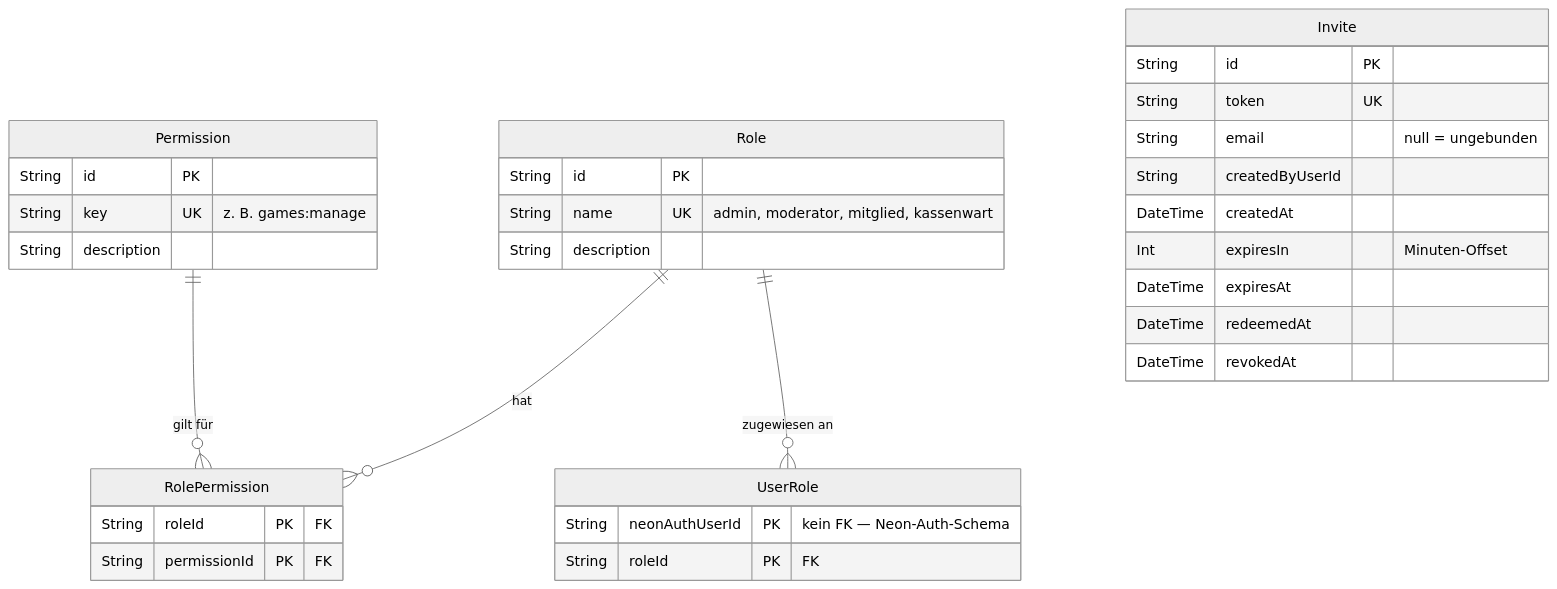
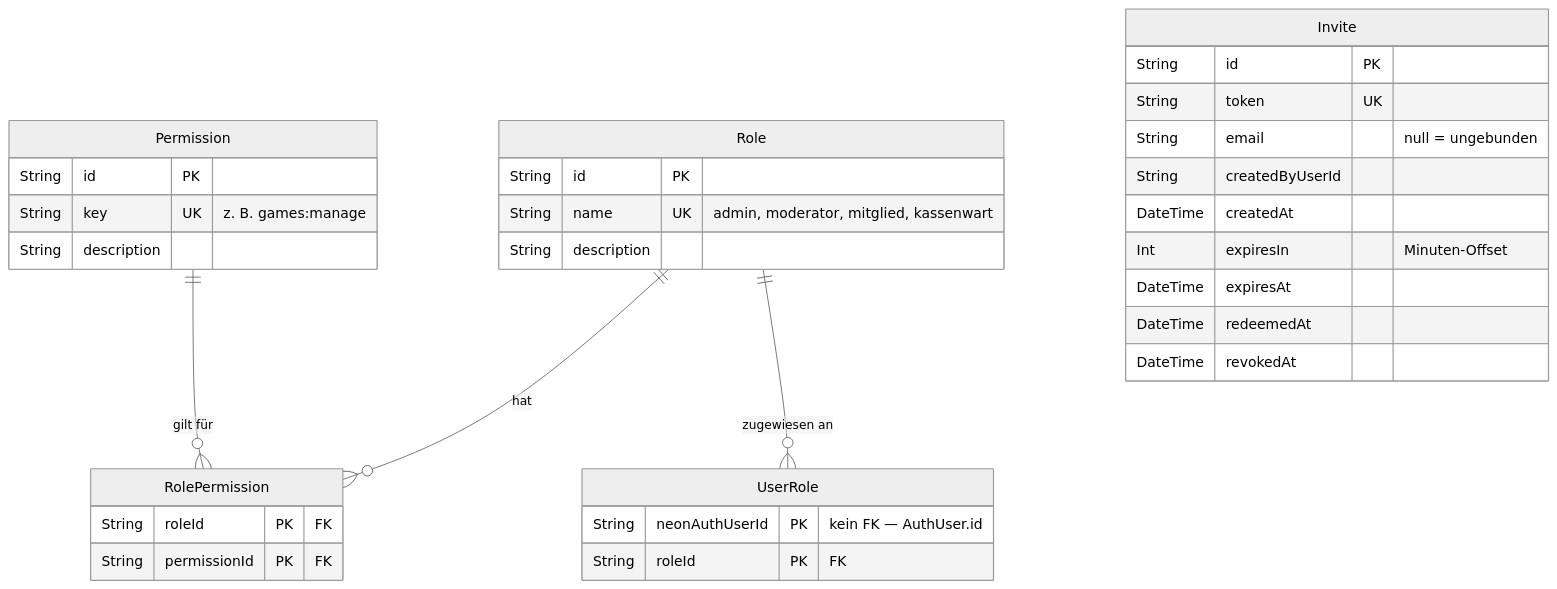
The first of 5 diagrams in docs/schema.md (oecher-meeples/portal), drawn with Mermaid (neutral theme) before and after one commit. The commit also changed other lines of this file and 45 other files, not shown here.

First line of the commit message:
feat(docker): Phase 3 - Neon Auth durch self-hosted better-auth ersetzen

````diff
--- a/docs/schema.md
+++ b/docs/schema.md
@@ -21,40 +21,40 @@
 ```mermaid
 erDiagram
     Permission {
         String id PK
         String key UK "z. B. games:manage"
         String description
     }
 
     Role {
         String id PK
         String name UK "admin, moderator, mitglied, kassenwart"
         String description
     }
 
     RolePermission {
         String roleId PK "FK"
         String permissionId PK "FK"
     }
 
     UserRole {
-        String neonAuthUserId PK "kein FK — Neon-Auth-Schema"
+        String neonAuthUserId PK "kein FK — AuthUser.id"
         String roleId PK "FK"
     }
 
     Invite {
         String id PK
         String token UK
         String email "null = ungebunden"
         String createdByUserId
         DateTime createdAt
         Int expiresIn "Minuten-Offset"
         DateTime expiresAt
         DateTime redeemedAt
         DateTime revokedAt
     }
 
     Role ||--o{ RolePermission : "hat"
     Permission ||--o{ RolePermission : "gilt für"
     Role ||--o{ UserRole : "zugewiesen an"
 ```
````
